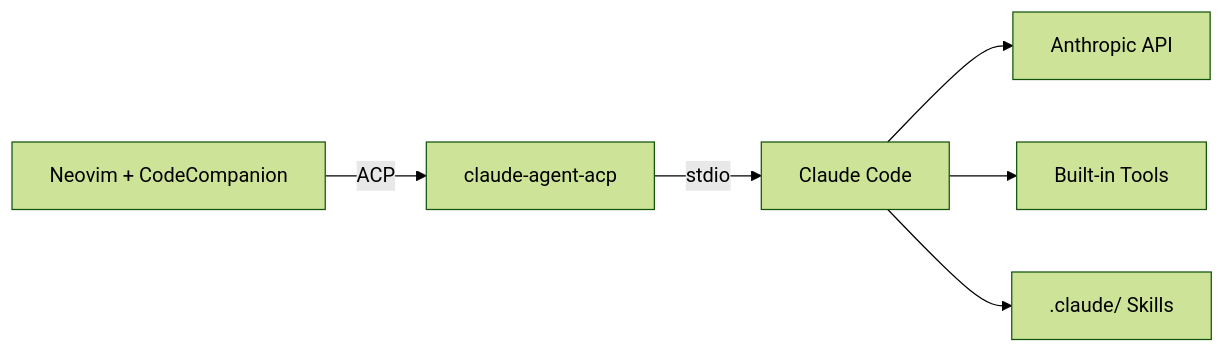
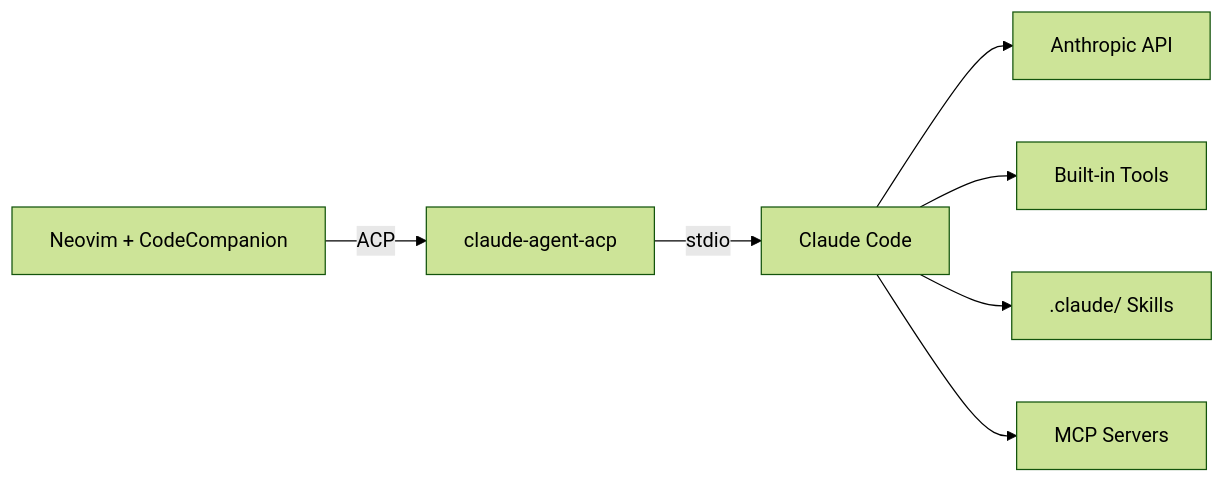
One commit to le4ker/blog changed the second of 2 diagrams in _posts/2026-02-28-nvmegachad-acp.md. Above: the diagram before and after it, drawn with Mermaid (forest theme). The commit also changed other lines of this file, not shown here.

First line of the commit message:
update nvmegachad-acp post to mention MCP server availability

````diff
--- a/_posts/2026-02-28-nvmegachad-acp.md
+++ b/_posts/2026-02-28-nvmegachad-acp.md
@@ -90,8 +90,9 @@
 ```mermaid!
 flowchart LR
   N2["Neovim + CodeCompanion"] -->|ACP| bridge["claude-agent-acp"]
   bridge -->|stdio| claude["Claude Code"]
   claude --> API2["Anthropic API"]
   claude --> tools["Built-in Tools"]
   claude --> skills[".claude/ Skills"]
+  claude --> mcp["MCP Servers"]
 ```
````
